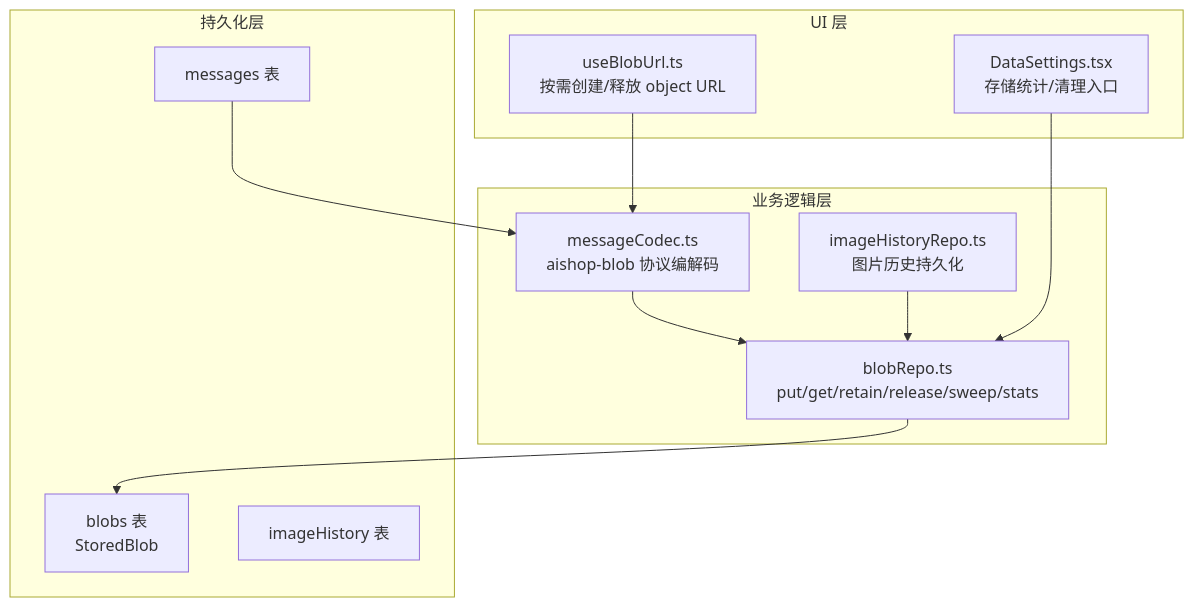
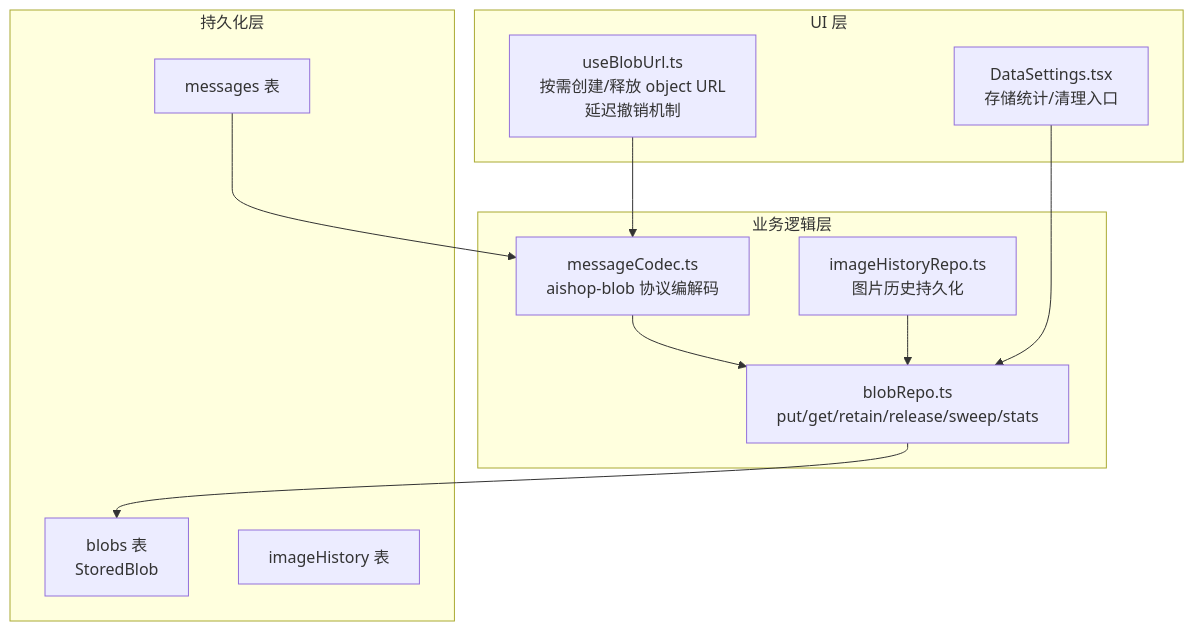
One commit to billye220670/AIShop changed the first of 6 diagrams in .qoder/repowiki/zh/content/数据持久化/数据库层/二进制仓库.md. Above: the diagram before and after it, drawn with Mermaid. The commit also changed other lines of this file and 7 other files, not shown here.

Commit message:
feat: 发送前图片压缩(最长边1280px/JPEG0.82) + 气泡图片微信式尺寸(横240竖360)

````diff
--- a/.qoder/repowiki/zh/content/数据持久化/数据库层/二进制仓库.md
+++ b/.qoder/repowiki/zh/content/数据持久化/数据库层/二进制仓库.md
@@ -45,23 +53,23 @@
 ```mermaid
 graph TB
 subgraph "持久化层"
 A["blobs 表<br/>StoredBlob"]
 B["messages 表"]
 C["imageHistory 表"]
 end
 subgraph "业务逻辑层"
 D["blobRepo.ts<br/>put/get/retain/release/sweep/stats"]
 E["messageCodec.ts<br/>aishop-blob 协议编解码"]
 F["imageHistoryRepo.ts<br/>图片历史持久化"]
 end
 subgraph "UI 层"
-G["useBlobUrl.ts<br/>按需创建/释放 object URL"]
+G["useBlobUrl.ts<br/>按需创建/释放 object URL<br/>延迟撤销机制"]
 H["DataSettings.tsx<br/>存储统计/清理入口"]
 end
 G --> E
 E --> D
 F --> D
 D --> A
 B --> E
 H --> D
 ```
````
